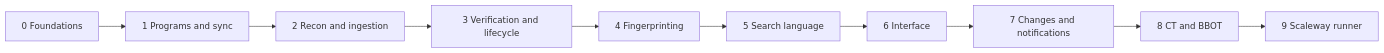
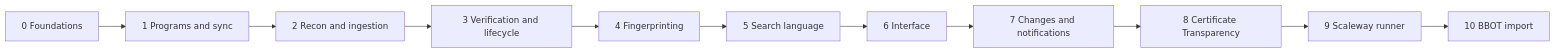
One commit to JoshuaMart/Recon changed the diagram in docs/src/content/docs/architecture/roadmap.md. Above: the diagram before and after it, drawn with Mermaid. The commit also changed other lines of this file and 34 other files, not shown here.

````diff
--- a/docs/src/content/docs/architecture/roadmap.md
+++ b/docs/src/content/docs/architecture/roadmap.md
@@ -11,12 +11,13 @@
 ```mermaid
 flowchart LR
   P0[0 Foundations] --> P1[1 Programs and sync]
   P1 --> P2[2 Recon and ingestion]
   P2 --> P3[3 Verification and lifecycle]
   P3 --> P4[4 Fingerprinting]
   P4 --> P5[5 Search language]
   P5 --> P6[6 Interface]
   P6 --> P7[7 Changes and notifications]
-  P7 --> P8[8 CT and BBOT]
+  P7 --> P8[8 Certificate Transparency]
   P8 --> P9[9 Scaleway runner]
+  P9 --> P10[10 BBOT import]
 ```
````
